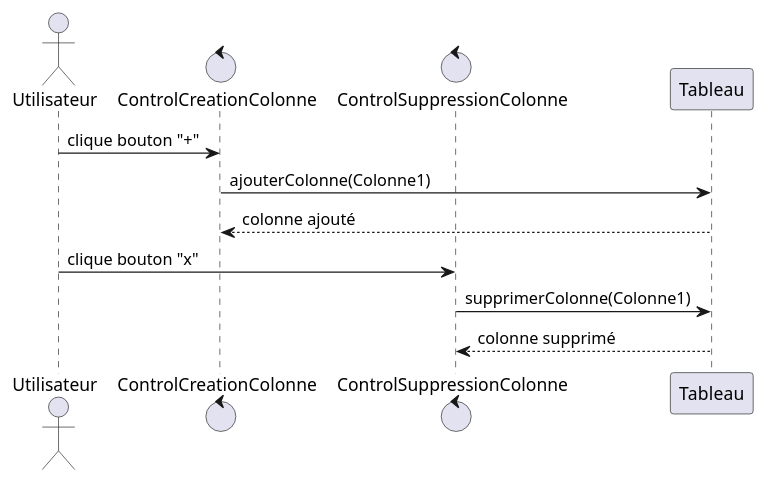
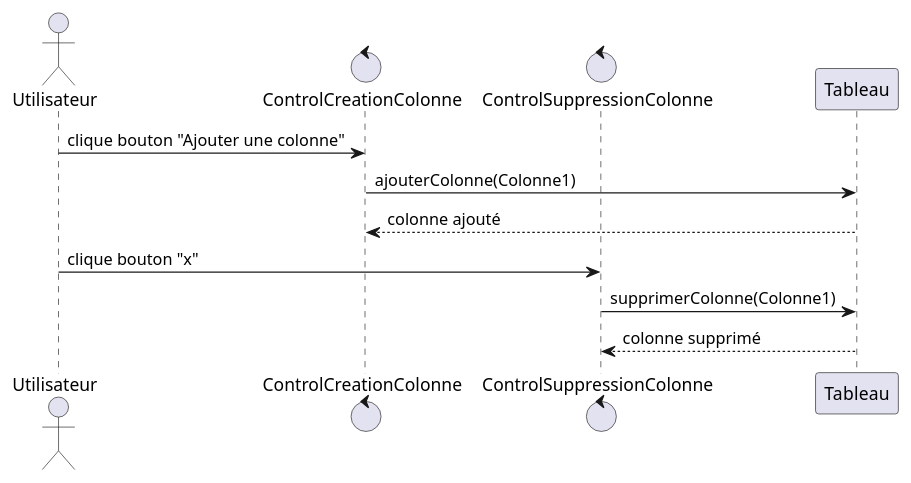
The diagram in Documents/Itération 4/Itération 4 - Diagramme de séquence.puml (AxelBerret/S3D-Trello_BERRET_CHAPELLIER_DODANE_LETONDAL), drawn with PlantUML before and after one commit. The commit also changed 2 other files, not shown here.

Commit message:
ajout diagramme de sequence itération 6

```diff
--- a/Documents/Itération 4/Itération 4 - Diagramme de séquence.puml
+++ b/Documents/Itération 4/Itération 4 - Diagramme de séquence.puml
@@ -1,13 +1,13 @@
 @startuml
 actor Utilisateur
 control ControlCreationColonne
 control ControlSuppressionColonne
 
-Utilisateur -> ControlCreationColonne: clique bouton "+"
+Utilisateur -> ControlCreationColonne: clique bouton "Ajouter une colonne"
 ControlCreationColonne -> Tableau: ajouterColonne(Colonne1)
 Tableau --> ControlCreationColonne: colonne ajouté
 
 Utilisateur -> ControlSuppressionColonne: clique bouton "x"
 ControlSuppressionColonne -> Tableau: supprimerColonne(Colonne1)
 Tableau --> ControlSuppressionColonne: colonne supprimé
 @enduml
```
